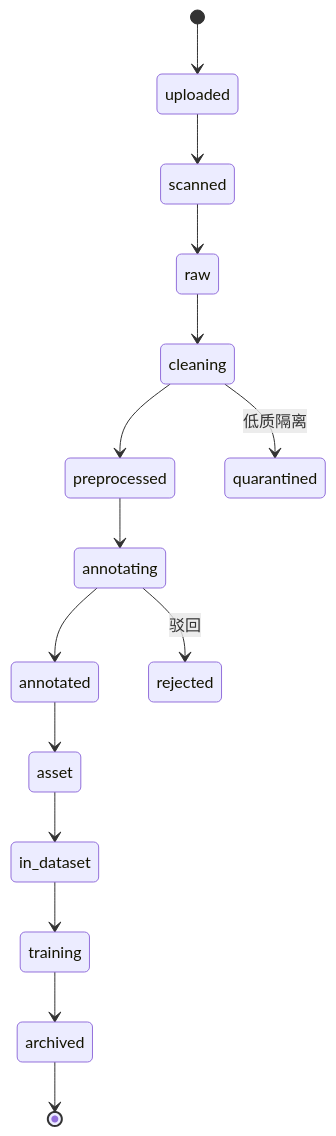
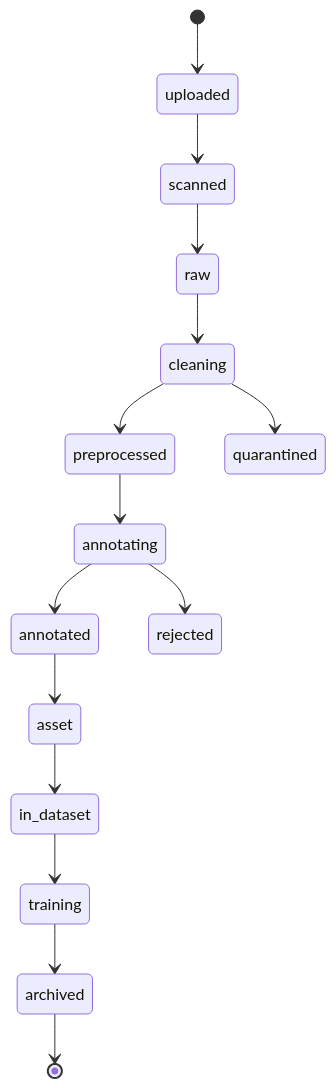
The third of 5 diagrams in docs/具身智能数据平台设计调研.md (sgkokocool1/raymics-test), drawn with Mermaid before and after one commit. The commit also changed other lines of this file and 13 other files, not shown here.

Commit message:
docs: 附原型截图、更新设计文档与根 README

````diff
--- a/docs/具身智能数据平台设计调研.md
+++ b/docs/具身智能数据平台设计调研.md
@@ -152,17 +152,17 @@
 ```mermaid
 stateDiagram-v2
     [*] --> uploaded
     uploaded --> scanned
     scanned --> raw
     raw --> cleaning
     cleaning --> preprocessed
-    cleaning --> quarantined: 低质隔离
+    cleaning --> quarantined
     preprocessed --> annotating
     annotating --> annotated
-    annotating --> rejected: 驳回
+    annotating --> rejected
     annotated --> asset
     asset --> in_dataset
     in_dataset --> training
     training --> archived
     archived --> [*]
 ```
````
